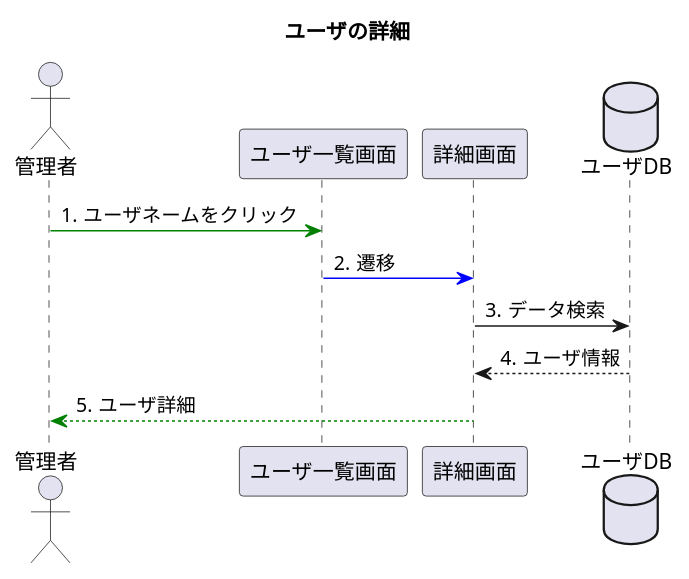
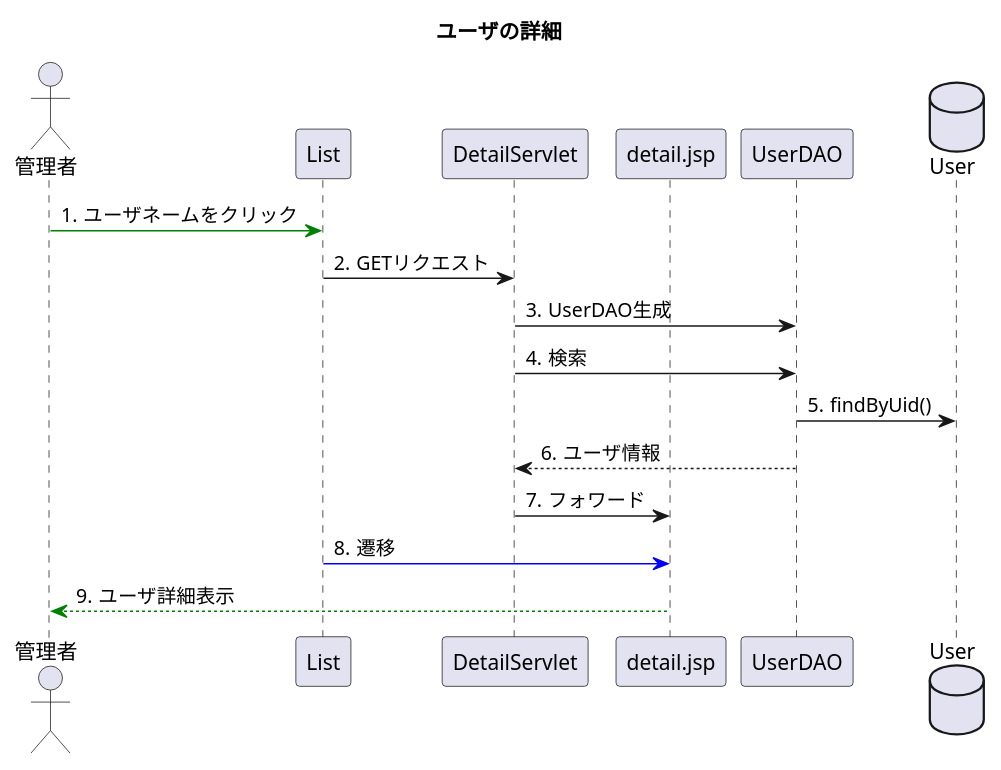
The diagram in uml_detail/seq_detail.pu (toufu66/ProjectC), drawn with PlantUML before and after one commit. The commit also changed 1 other file, not shown here.

Commit message:
会員詳細シーケンス図詳細

```diff
--- a/uml_detail/seq_detail.pu
+++ b/uml_detail/seq_detail.pu
@@ -1,19 +1,26 @@
 @startuml
 title ユーザの詳細
 
 autonumber "#."
 
 actor 管理者
-participant ユーザ一覧画面
-participant 詳細画面
-database ユーザDB
+participant List
+participant DetailServlet
+participant detail.jsp
+participant UserDAO
+database User
 
-管理者 -[#green]> ユーザ一覧画面:ユーザネームをクリック
-ユーザ一覧画面 -[#blue]> 詳細画面:遷移
-詳細画面 -> ユーザDB:データ検索
-ユーザDB --> 詳細画面:ユーザ情報
+管理者 -[#green]> List:ユーザネームをクリック
+List -> DetailServlet:GETリクエスト
+DetailServlet -> UserDAO :UserDAO生成
+DetailServlet -> UserDAO :検索
+UserDAO -> User:findByUid()
+UserDAO --> DetailServlet:ユーザ情報
+DetailServlet -> detail.jsp:フォワード
+List -[#blue]> detail.jsp:遷移
 
-詳細画面 --[#green]> 管理者:ユーザ詳細
+
+detail.jsp --[#green]> 管理者:ユーザ詳細表示
 
 
 @enduml
```
